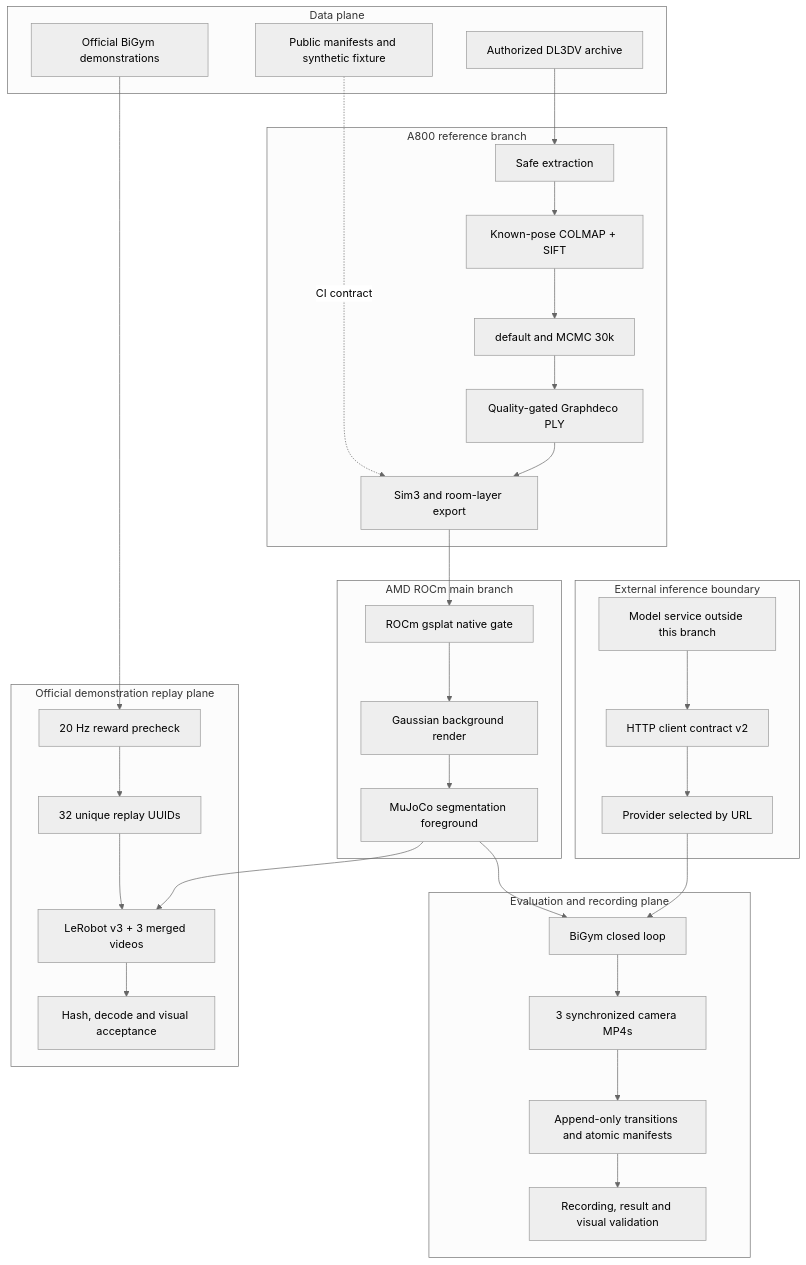
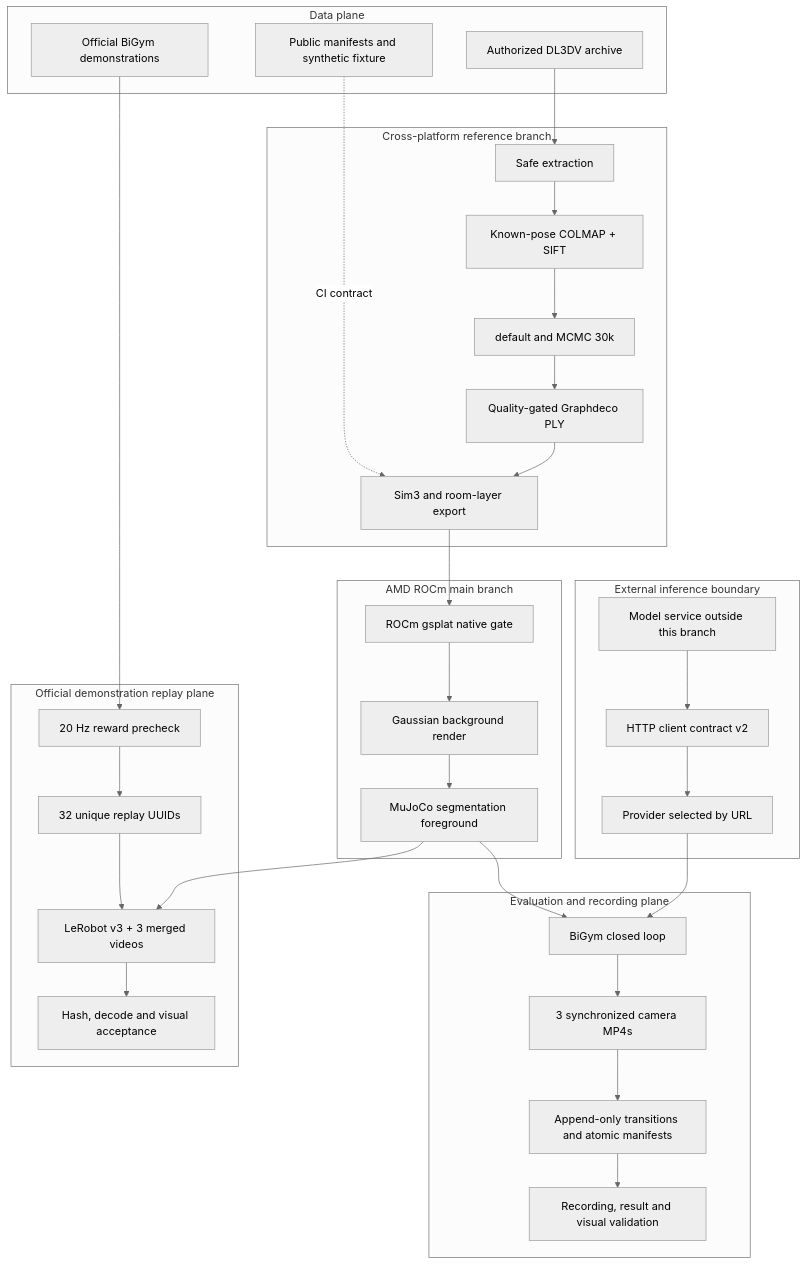
One commit to eust-w/amd-bigym-3dgs-rocm changed the diagram in docs/architecture/end-to-end.md. Above: the diagram before and after it, drawn with Mermaid (neutral theme). The commit also changed 31 other files, not shown here.

````diff
--- a/docs/architecture/end-to-end.md
+++ b/docs/architecture/end-to-end.md
@@ -3,51 +3,51 @@
 ```mermaid
 flowchart TB
   subgraph Data[Data plane]
     D1[Authorized DL3DV archive]
     D2[Official BiGym demonstrations]
     D3[Public manifests and synthetic fixture]
   end
 
-  subgraph Reconstruction[A800 reference branch]
+  subgraph Reconstruction[Cross-platform reference branch]
     R1[Safe extraction]
     R2[Known-pose COLMAP + SIFT]
     R3[default and MCMC 30k]
     R4[Quality-gated Graphdeco PLY]
     R5[Sim3 and room-layer export]
   end
 
   subgraph Runtime[AMD ROCm main branch]
     A1[ROCm gsplat native gate]
     A2[Gaussian background render]
     A3[MuJoCo segmentation foreground]
   end
 
   subgraph Inference[External inference boundary]
     I1[Model service outside this branch]
     I2[HTTP client contract v2]
     I3[Provider selected by URL]
   end
 
   subgraph Evaluation[Evaluation and recording plane]
     E1[BiGym closed loop]
     E2[3 synchronized camera MP4s]
     E3[Append-only transitions and atomic manifests]
     E4[Recording, result and visual validation]
   end
 
   subgraph Collection[Official demonstration replay plane]
     C1[20 Hz reward precheck]
     C2[32 unique replay UUIDs]
     C3[LeRobot v3 + 3 merged videos]
     C4[Hash, decode and visual acceptance]
   end
 
   D1 --> R1 --> R2 --> R3 --> R4 --> R5
   R5 --> A1 --> A2 --> A3
   I1 --> I2 --> I3 --> E1
   A3 --> E1 --> E2 --> E3 --> E4
   D2 --> C1 --> C2
   A3 --> C3
   C2 --> C3 --> C4
   D3 -. CI contract .-> R5
 ```
````
